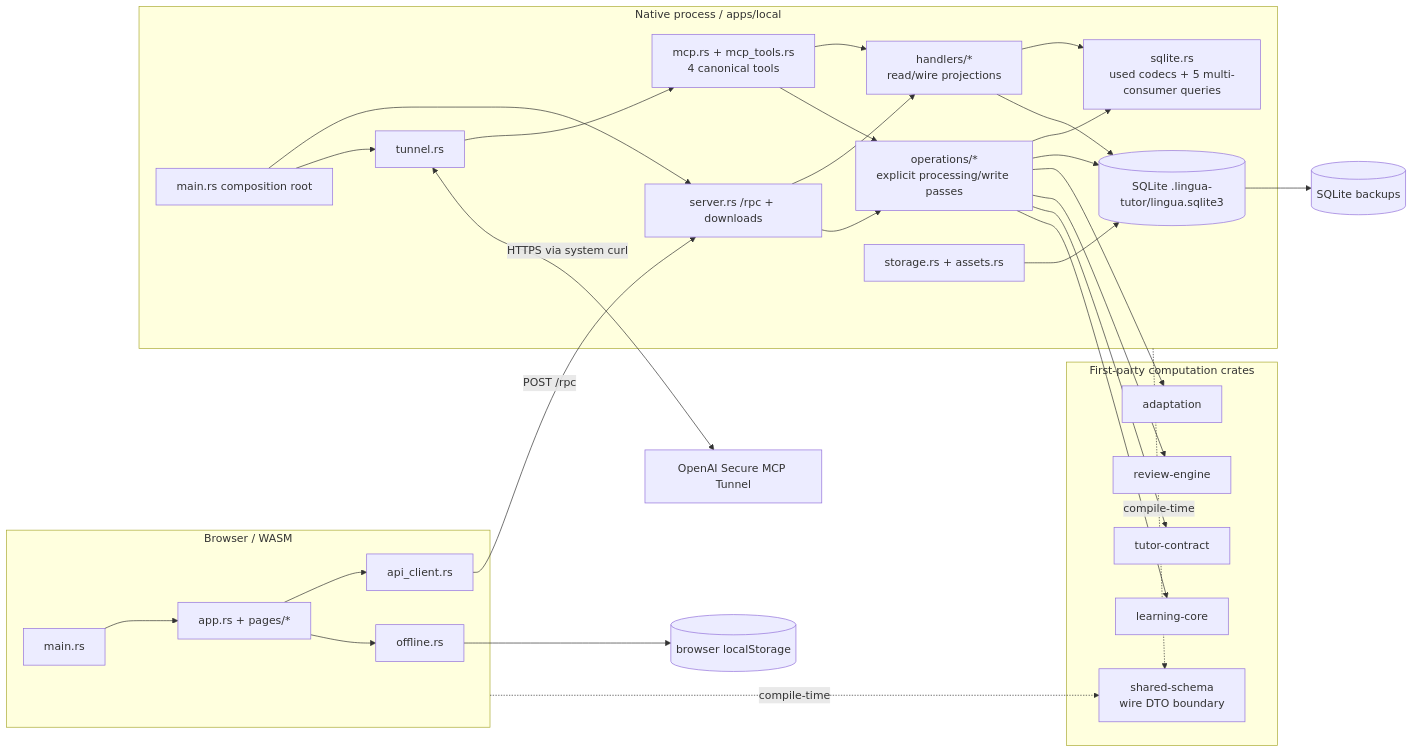
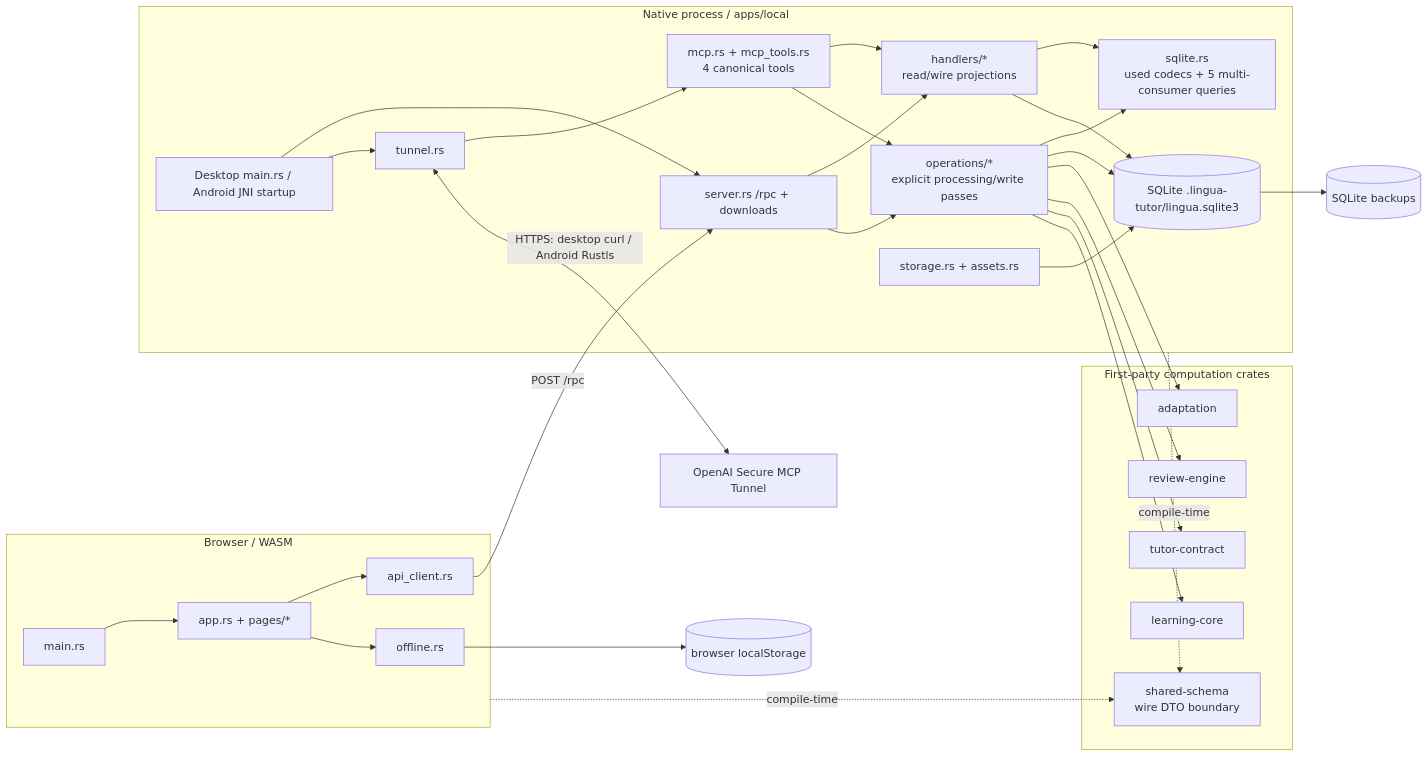
Before and after one commit to agredyaev/lingua-tutor: the second of 4 diagrams in docs/dod-preflight.md, drawn with Mermaid. The commit also changed other lines of this file and 14 other files, not shown here.

````diff
--- a/docs/dod-preflight.md
+++ b/docs/dod-preflight.md
@@ -30,59 +28,59 @@
 ```mermaid
 flowchart LR
   subgraph Browser["Browser / WASM"]
     WebMain["main.rs"]
     WebApp["app.rs + pages/*"]
     RpcClient["api_client.rs"]
     Offline["offline.rs"]
     WebMain --> WebApp
     WebApp --> RpcClient
     WebApp --> Offline
   end
 
   subgraph Native["Native process / apps/local"]
-    Main["main.rs composition root"]
+    Main["Desktop main.rs / Android JNI startup"]
     Server["server.rs /rpc + downloads"]
     Tunnel["tunnel.rs"]
     MCP["mcp.rs + mcp_tools.rs\n4 canonical tools"]
     Reads["handlers/*\nread/wire projections"]
     Passes["operations/*\nexplicit processing/write passes"]
     SqliteBoundary["sqlite.rs\nused codecs + 5 multi-consumer queries"]
     Storage["storage.rs + assets.rs"]
     Main --> Server
     Main --> Tunnel
     Tunnel --> MCP
     Server --> Reads
     Server --> Passes
     MCP --> Reads
     MCP --> Passes
     Reads --> SqliteBoundary
     Passes --> SqliteBoundary
     Reads --> SQLite
     Passes --> SQLite
     Storage --> SQLite
   end
 
   subgraph Compute["First-party computation crates"]
     Adapt["adaptation"]
     Review["review-engine"]
     Contract["tutor-contract"]
     Core["learning-core"]
     Shared["shared-schema\nwire DTO boundary"]
   end
 
   SQLite[("SQLite .lingua-tutor/lingua.sqlite3")]
   Backup[("SQLite backups")]
   LocalStorage[("browser localStorage")]
   OpenAI["OpenAI Secure MCP Tunnel"]
 
   RpcClient -->|POST /rpc| Server
   Offline --> LocalStorage
-  Tunnel <-->|HTTPS via system curl| OpenAI
+  Tunnel <-->|HTTPS: desktop curl / Android Rustls| OpenAI
   Passes --> Adapt
   Passes --> Review
   Passes --> Contract
   Passes --> Core
   Browser -. compile-time .-> Shared
   Native -. compile-time .-> Shared
   SQLite --> Backup
 ```
````
